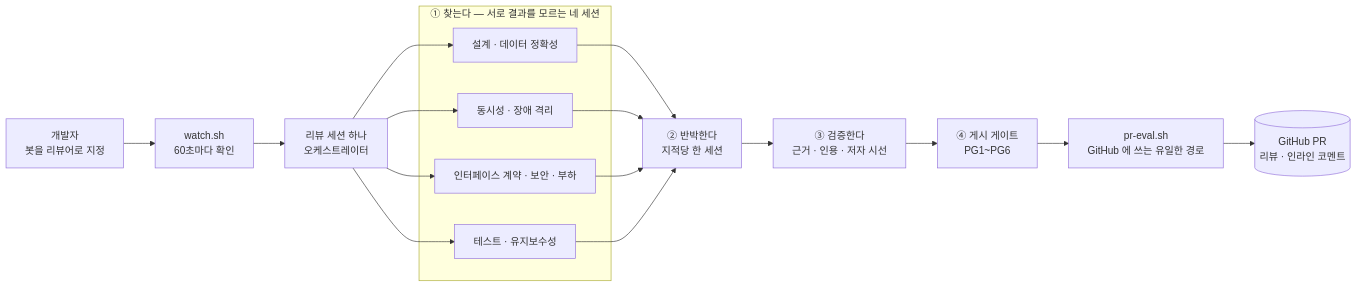
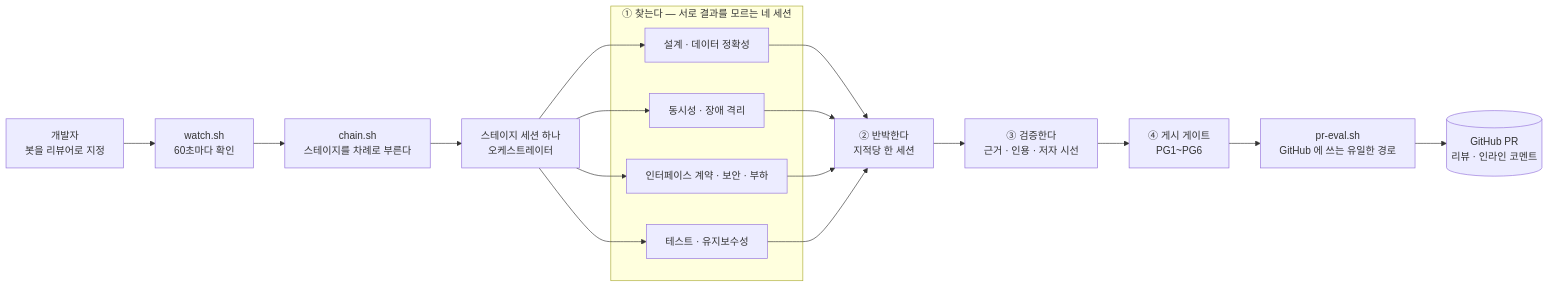
Before and after one commit to thswlsqls/tech-n-ai-backend: the first of 4 diagrams in tools/pr-eval/README.md, drawn with Mermaid. The commit also changed other lines of this file, not shown here.

````diff
--- a/tools/pr-eval/README.md
+++ b/tools/pr-eval/README.md
@@ -96,19 +96,20 @@
 ```mermaid
 flowchart LR
   D[개발자<br/>봇을 리뷰어로 지정] --> W[watch.sh<br/>60초마다 확인]
-  W --> O[리뷰 세션 하나<br/>오케스트레이터]
+  W --> CH[chain.sh<br/>스테이지를 차례로 부른다]
+  CH --> O[스테이지 세션 하나<br/>오케스트레이터]
 
   subgraph F["① 찾는다 — 서로 결과를 모르는 네 세션"]
     J1[설계 · 데이터 정확성]
     J2[동시성 · 장애 격리]
     J3[인터페이스 계약 · 보안 · 부하]
     J4[테스트 · 유지보수성]
   end
 
   O --> J1 & J2 & J3 & J4
   J1 & J2 & J3 & J4 --> R["② 반박한다<br/>지적당 한 세션"]
   R --> V["③ 검증한다<br/>근거 · 인용 · 저자 시선"]
   V --> G["④ 게시 게이트<br/>PG1~PG6"]
   G --> P["pr-eval.sh<br/>GitHub 에 쓰는 유일한 경로"]
   P --> GH[("GitHub PR<br/>리뷰 · 인라인 코멘트")]
 ```
````
